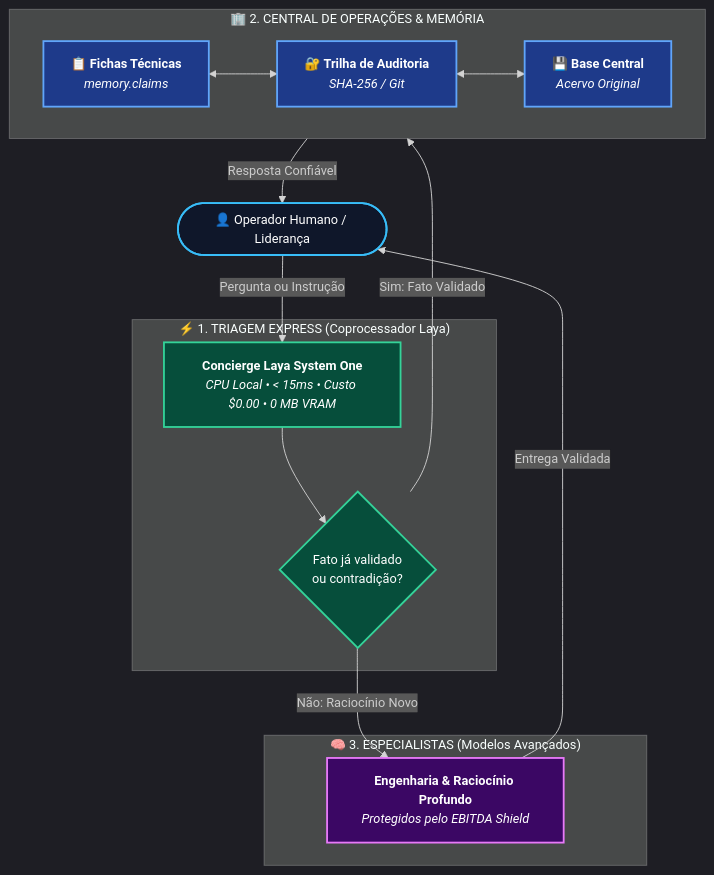
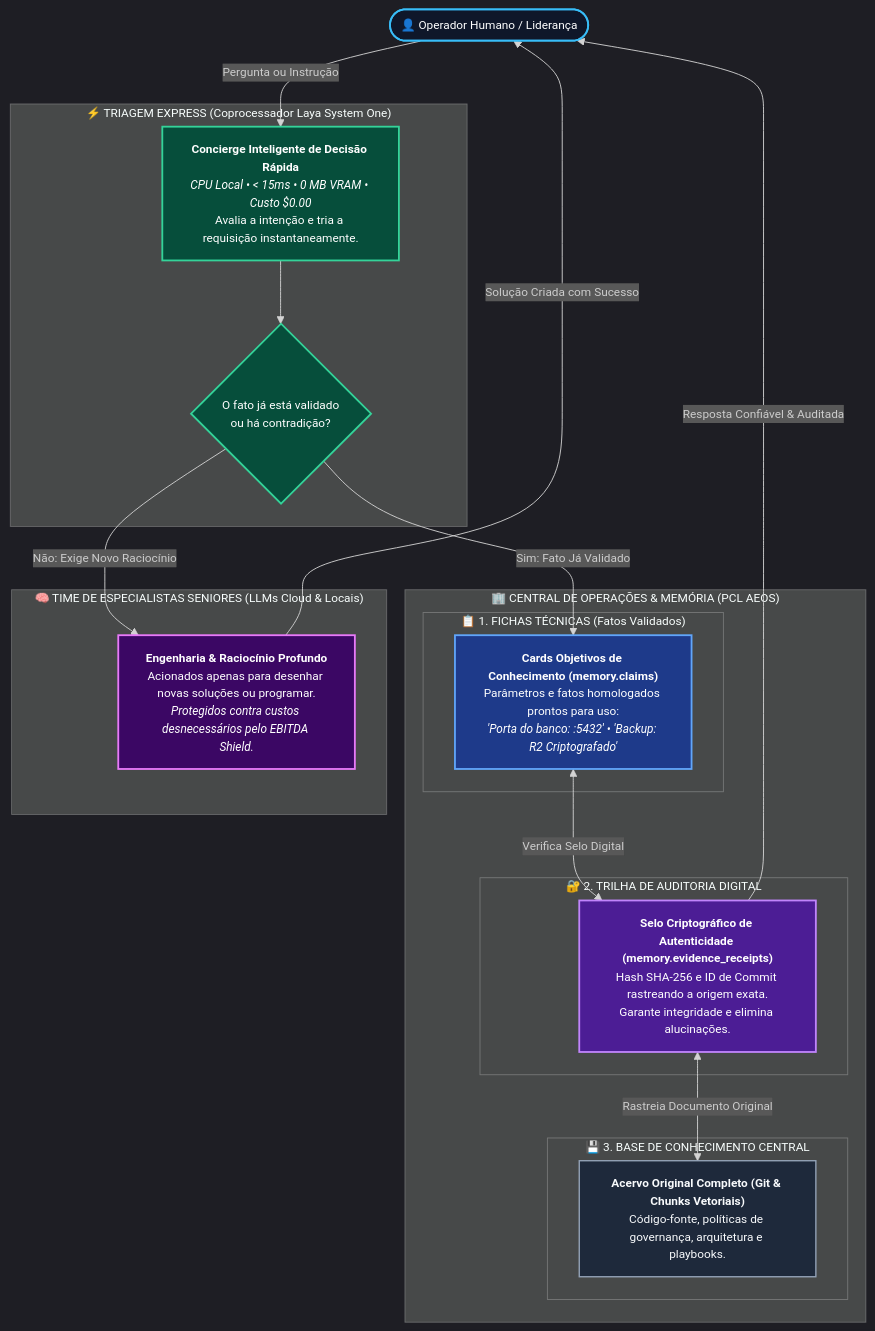
The diagram in docs/architecture-v2-executive-guide.md (EnterDufter/PromptCoreLabs_AEOS), drawn with Mermaid before and after one commit. The commit also changed 1 other file, not shown here.

Commit message:
fix(modal): restaura conteudo integral do guia executivo e trava escala do SVG no viewBox natural

````diff
--- a/docs/architecture-v2-executive-guide.md
+++ b/docs/architecture-v2-executive-guide.md
@@ -20,39 +20,53 @@
 ```mermaid
-%%{init: {'theme': 'dark', 'themeVariables': { 'fontSize': '14px', 'fontFamily': 'Inter, sans-serif' }}}%%
+%%{init: {'theme': 'dark', 'themeVariables': { 'fontSize': '13px', 'fontFamily': 'Inter, sans-serif' }}}%%
 flowchart TD
     Cliente(["👤 Operador Humano / Liderança"])
 
-    subgraph Portaria["⚡ 1. TRIAGEM EXPRESS (Coprocessador Laya)"]
-        Laya["<b>Concierge Laya System One</b><br/><i>CPU Local • &lt; 15ms • Custo $0.00 • 0 MB VRAM</i>"]
-        Filtro{"Fato já validado<br/>ou contradição?"}
+    subgraph Portaria["⚡ TRIAGEM EXPRESS (Coprocessador Laya System One)"]
+        Laya["<b>Concierge Inteligente de Decisão Rápida</b><br/><i>CPU Local • &lt; 15ms • 0 MB VRAM • Custo $0.00</i><br/>Avalia a intenção e tria a requisição instantaneamente."]
+        Filtro{"O fato já está validado<br/>ou há contradição?"}
         Laya --> Filtro
     end
 
-    subgraph Hub["🏢 2. CENTRAL DE OPERAÇÕES & MEMÓRIA"]
-        direction LR
-        Fichas["📋 <b>Fichas Técnicas</b><br/><i>memory.claims</i>"]
-        Trilha["🔐 <b>Trilha de Auditoria</b><br/><i>SHA-256 / Git</i>"]
-        Base["💾 <b>Base Central</b><br/><i>Acervo Original</i>"]
-        Fichas <--> Trilha <--> Base
+    subgraph Hub["🏢 CENTRAL DE OPERAÇÕES & MEMÓRIA (PCL AEOS)"]
+        subgraph Fichario["📋 1. FICHAS TÉCNICAS (Fatos Validados)"]
+            Claims["<b>Cards Objetivos de Conhecimento (memory.claims)</b><br/>Parâmetros e fatos homologados prontos para uso:<br/><i>'Porta do banco: :5432' • 'Backup: R2 Criptografado'</i>"]
+        end
+
+        subgraph Cartorio["🔐 2. TRILHA DE AUDITORIA DIGITAL"]
+            Recibos["<b>Selo Criptográfico de Autenticidade (memory.evidence_receipts)</b><br/>Hash SHA-256 e ID de Commit rastreando a origem exata.<br/>Garante integridade e elimina alucinações."]
+        end
+
+        subgraph Biblioteca["💾 3. BASE DE CONHECIMENTO CENTRAL"]
+            Docs["<b>Acervo Original Completo (Git & Chunks Vetoriais)</b><br/>Código-fonte, políticas de governança, arquitetura e playbooks."]
+        end
     end
 
-    subgraph Especialistas["🧠 3. ESPECIALISTAS (Modelos Avançados)"]
-        LLM["<b>Engenharia & Raciocínio Profundo</b><br/><i>Protegidos pelo EBITDA Shield</i>"]
+    subgraph Especialistas["🧠 TIME DE ESPECIALISTAS SENIORES (LLMs Cloud & Locais)"]
+        LLM["<b>Engenharia & Raciocínio Profundo</b><br/>Acionados apenas para desenhar novas soluções ou programar.<br/><i>Protegidos contra custos desnecessários pelo EBITDA Shield.</i>"]
     end
 
+    %% Fluxos
     Cliente -->|"Pergunta ou Instrução"| Laya
-    Filtro -->|"Sim: Fato Validado"| Fichas
-    Trilha -->|"Resposta Confiável"| Cliente
-    Filtro -->|"Não: Raciocínio Novo"| LLM
-    LLM -->|"Entrega Validada"| Cliente
+    Filtro -->|"Sim: Fato Já Validado"| Claims
+    Claims <-->|"Verifica Selo Digital"| Recibos
+    Recibos <-->|"Rastreia Documento Original"| Docs
+    Recibos -->|"Resposta Confiável & Auditada"| Cliente
+
+    Filtro -->|"Não: Exige Novo Raciocínio"| LLM
+    LLM -->|"Solução Criada com Sucesso"| Cliente
 
     classDef cliente fill:#0f172a,stroke:#38bdf8,stroke-width:2px,color:#fff;
     classDef portaria fill:#064e3b,stroke:#34d399,stroke-width:2px,color:#fff;
-    classDef hub fill:#1e3a8a,stroke:#60a5fa,stroke-width:2px,color:#fff;
+    classDef fichario fill:#1e3a8a,stroke:#60a5fa,stroke-width:2px,color:#fff;
+    classDef cartorio fill:#4c1d95,stroke:#c084fc,stroke-width:2px,color:#fff;
+    classDef biblio fill:#1e293b,stroke:#94a3b8,stroke-width:1.5px,color:#f8fafc;
     classDef espec fill:#3b0764,stroke:#e879f9,stroke-width:2px,color:#fff;
 
     class Cliente cliente;
     class Laya,Filtro portaria;
-    class Fichas,Trilha,Base hub;
+    class Claims fichario;
+    class Recibos cartorio;
+    class Docs biblio;
     class LLM espec;
 ```
````
